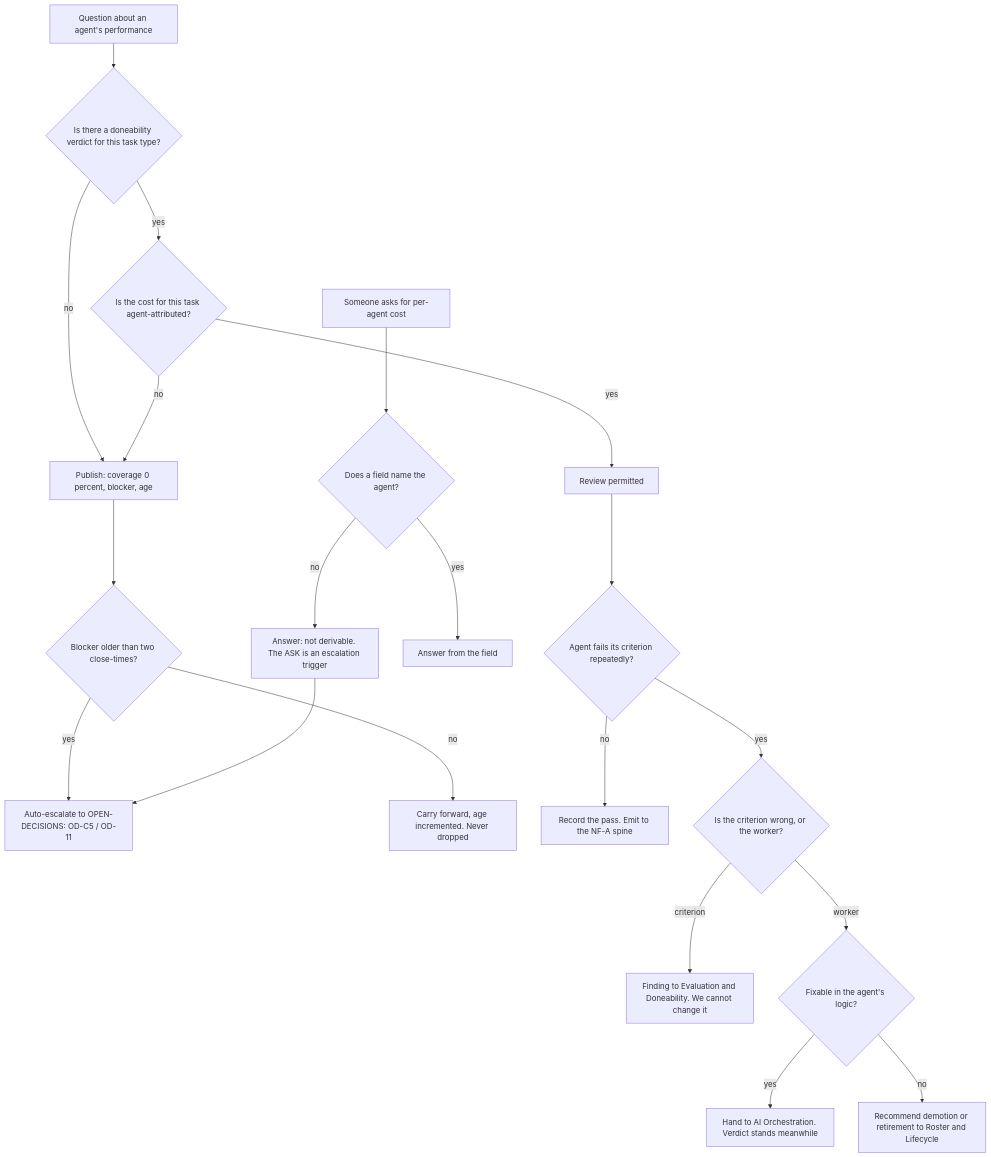
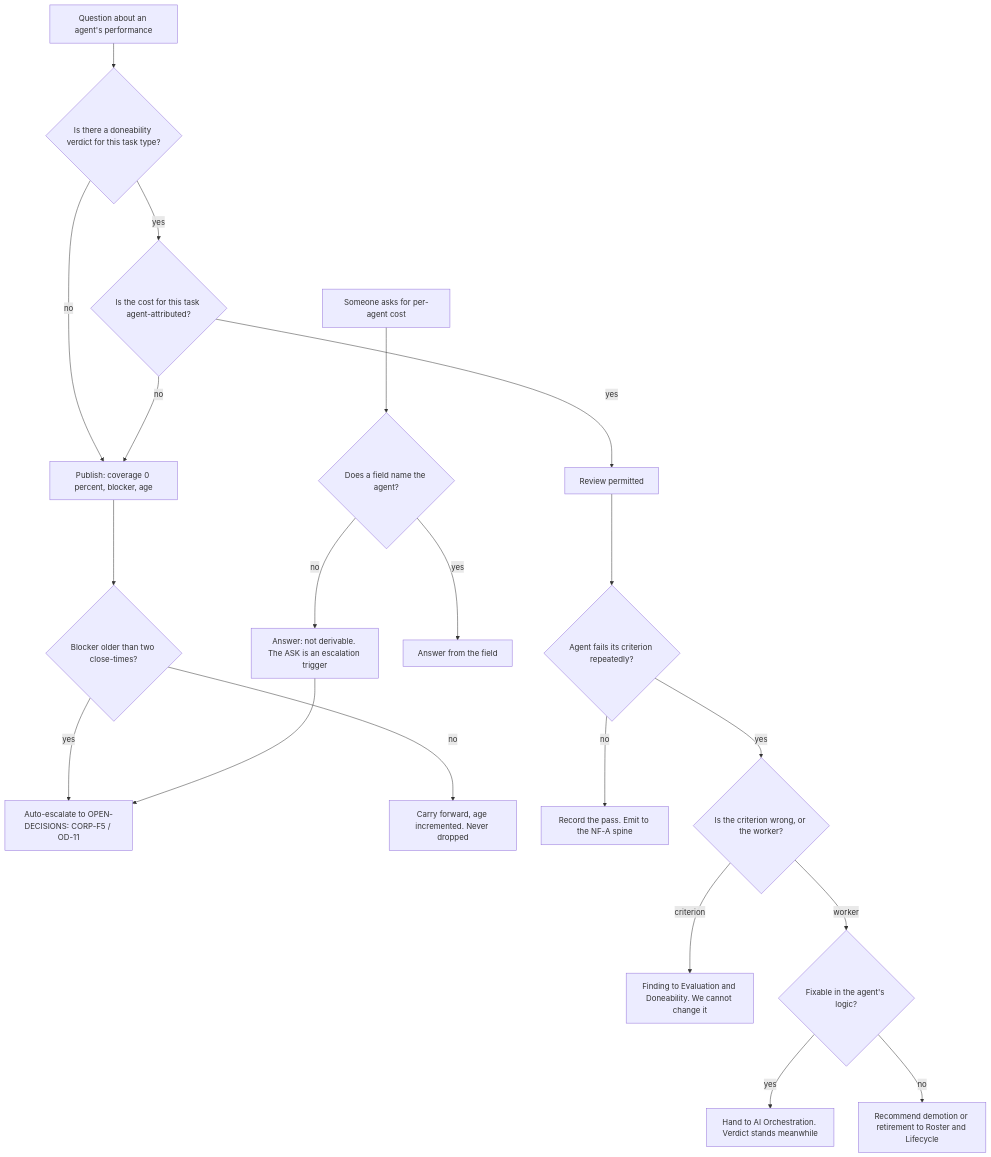
Before and after one commit to aldemirkonuk/RestaurantAIAutomation: the diagram in .planning/01-org/corporate/people-agent-ops/teams/performance-doneability/performance-doneability-directive.md, drawn with Mermaid. The commit also changed other lines of this file and 349 other files, not shown here.

````diff
--- a/.planning/01-org/corporate/people-agent-ops/teams/performance-doneability/performance-doneability-directive.md
+++ b/.planning/01-org/corporate/people-agent-ops/teams/performance-doneability/performance-doneability-directive.md
@@ -21,28 +21,28 @@
 ```mermaid
 graph TD
   A[Question about an agent's performance] --> B{Is there a doneability verdict for this task type?}
 
   B -->|no| C[Publish: coverage 0 percent, blocker, age]
   B -->|yes| D{Is the cost for this task agent-attributed?}
 
   D -->|no| C
   D -->|yes| E[Review permitted]
 
   C --> F{Blocker older than two close-times?}
-  F -->|yes| G[Auto-escalate to OPEN-DECISIONS: OD-C5 / OD-11]
+  F -->|yes| G[Auto-escalate to OPEN-DECISIONS: CORP-F5 / OD-11]
   F -->|no| H[Carry forward, age incremented. Never dropped]
 
   E --> I{Agent fails its criterion repeatedly?}
   I -->|no| J[Record the pass. Emit to the NF-A spine]
   I -->|yes| K{Is the criterion wrong, or the worker?}
 
   K -->|criterion| L[Finding to Evaluation and Doneability. We cannot change it]
   K -->|worker| M{Fixable in the agent's logic?}
   M -->|yes| N[Hand to AI Orchestration. Verdict stands meanwhile]
   M -->|no| O[Recommend demotion or retirement to Roster and Lifecycle]
 
   P[Someone asks for per-agent cost] --> Q{Does a field name the agent?}
   Q -->|yes| R[Answer from the field]
   Q -->|no| S[Answer: not derivable. The ASK is an escalation trigger]
   S --> G
 ```
````
